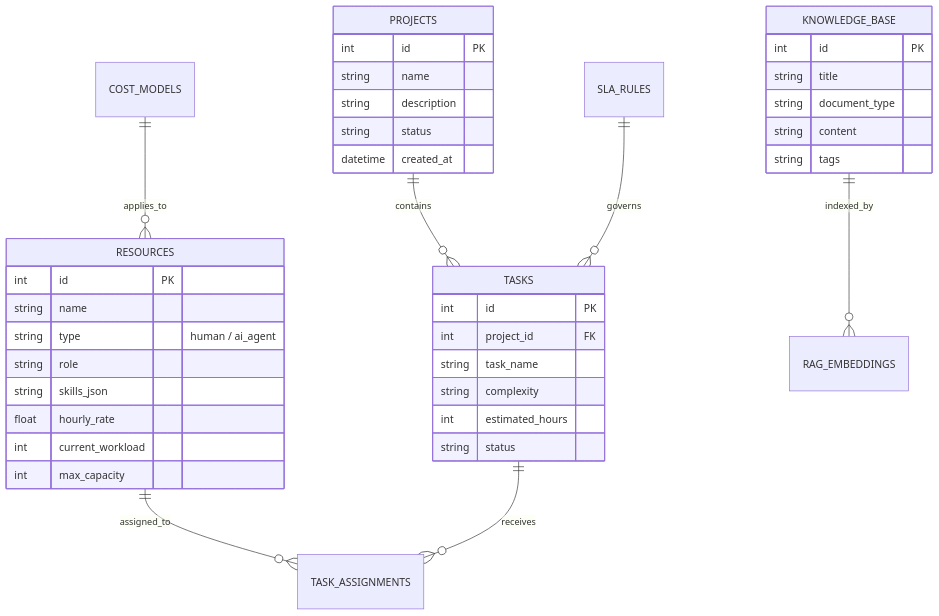
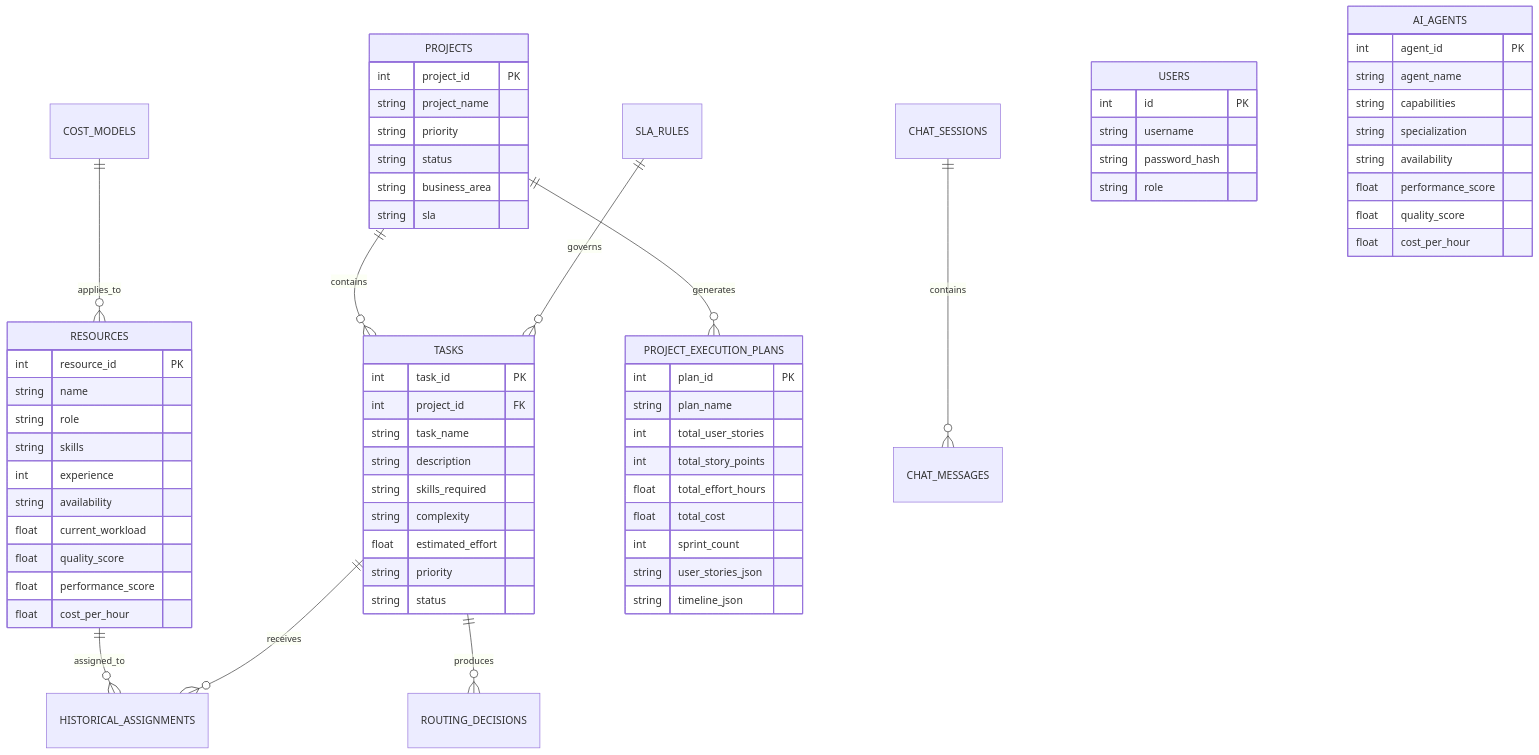
Before and after one commit to linusimon/AIFriday: the fifth of 5 diagrams in ARCHITECTURE.md, drawn with Mermaid. The commit also changed other lines of this file and 5 other files, not shown here.

````diff
--- a/ARCHITECTURE.md
+++ b/ARCHITECTURE.md
@@ -286,45 +292,75 @@
 ```mermaid
 erDiagram
     PROJECTS ||--o{ TASKS : contains
-    RESOURCES ||--o{ TASK_ASSIGNMENTS : assigned_to
-    TASKS ||--o{ TASK_ASSIGNMENTS : receives
-    KNOWLEDGE_BASE ||--o{ RAG_EMBEDDINGS : indexed_by
+    RESOURCES ||--o{ HISTORICAL_ASSIGNMENTS : assigned_to
+    TASKS ||--o{ HISTORICAL_ASSIGNMENTS : receives
+    TASKS ||--o{ ROUTING_DECISIONS : produces
+    PROJECTS ||--o{ PROJECT_EXECUTION_PLANS : generates
     SLA_RULES ||--o{ TASKS : governs
     COST_MODELS ||--o{ RESOURCES : applies_to
+    CHAT_SESSIONS ||--o{ CHAT_MESSAGES : contains
+
+    USERS {
+        int id PK
+        string username
+        string password_hash
+        string role
+    }
 
     PROJECTS {
-        int id PK
-        string name
-        string description
+        int project_id PK
+        string project_name
+        string priority
         string status
-        datetime created_at
+        string business_area
+        string sla
     }
 
     TASKS {
-        int id PK
+        int task_id PK
         int project_id FK
         string task_name
+        string description
+        string skills_required
         string complexity
-        int estimated_hours
+        float estimated_effort
+        string priority
         string status
     }
 
     RESOURCES {
-        int id PK
+        int resource_id PK
         string name
-        string type "human / ai_agent"
         string role
-        string skills_json
-        float hourly_rate
-        int current_workload
-        int max_capacity
+        string skills
+        int experience
+        string availability
+        float current_workload
+        float quality_score
+        float performance_score
+        float cost_per_hour
     }
 
-    KNOWLEDGE_BASE {
-        int id PK
-        string title
-        string document_type
-        string content
-        string tags
+    AI_AGENTS {
+        int agent_id PK
+        string agent_name
+        string capabilities
+        string specialization
+        string availability
+        float performance_score
+        float quality_score
+        float cost_per_hour
+    }
+
+    PROJECT_EXECUTION_PLANS {
+        int plan_id PK
+        string plan_name
+        int total_user_stories
+        int total_story_points
+        float total_effort_hours
+        float total_cost
+        int sprint_count
+        string user_stories_json
+        string timeline_json
     }
 ```
````
